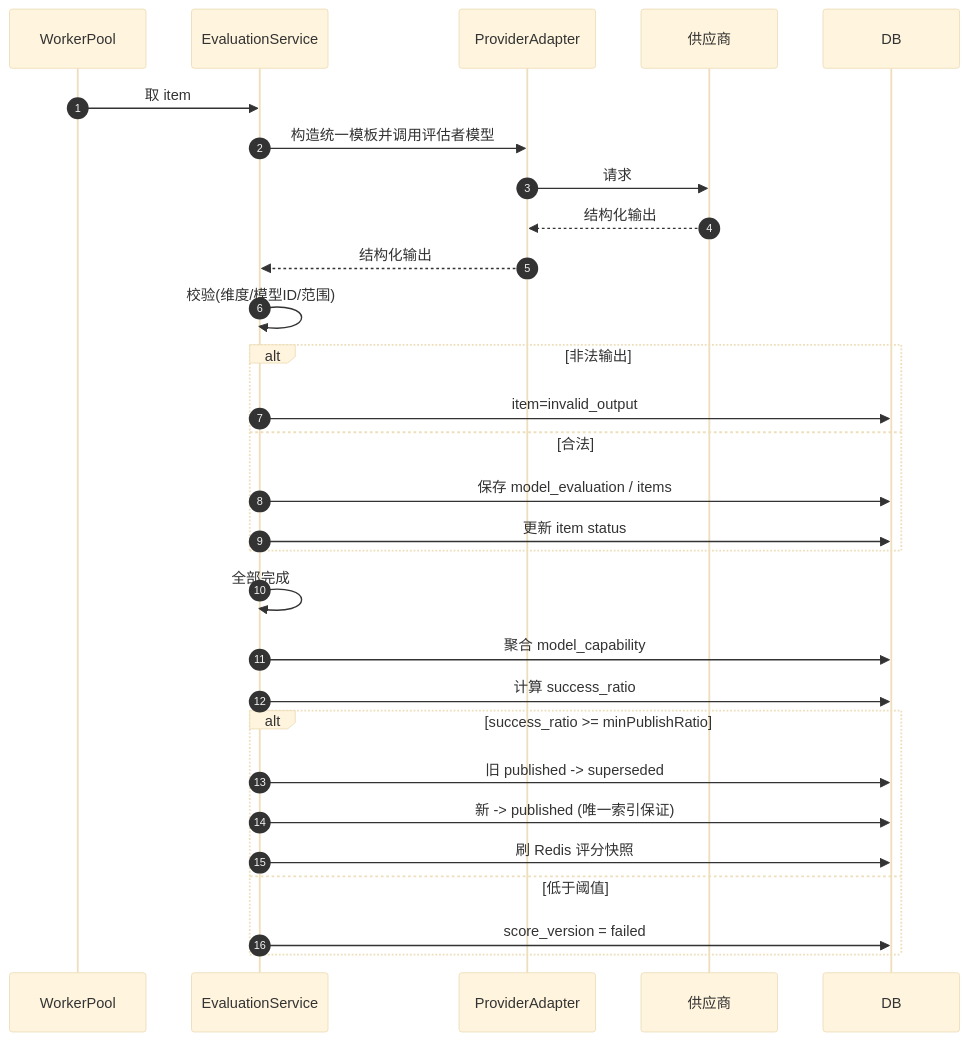
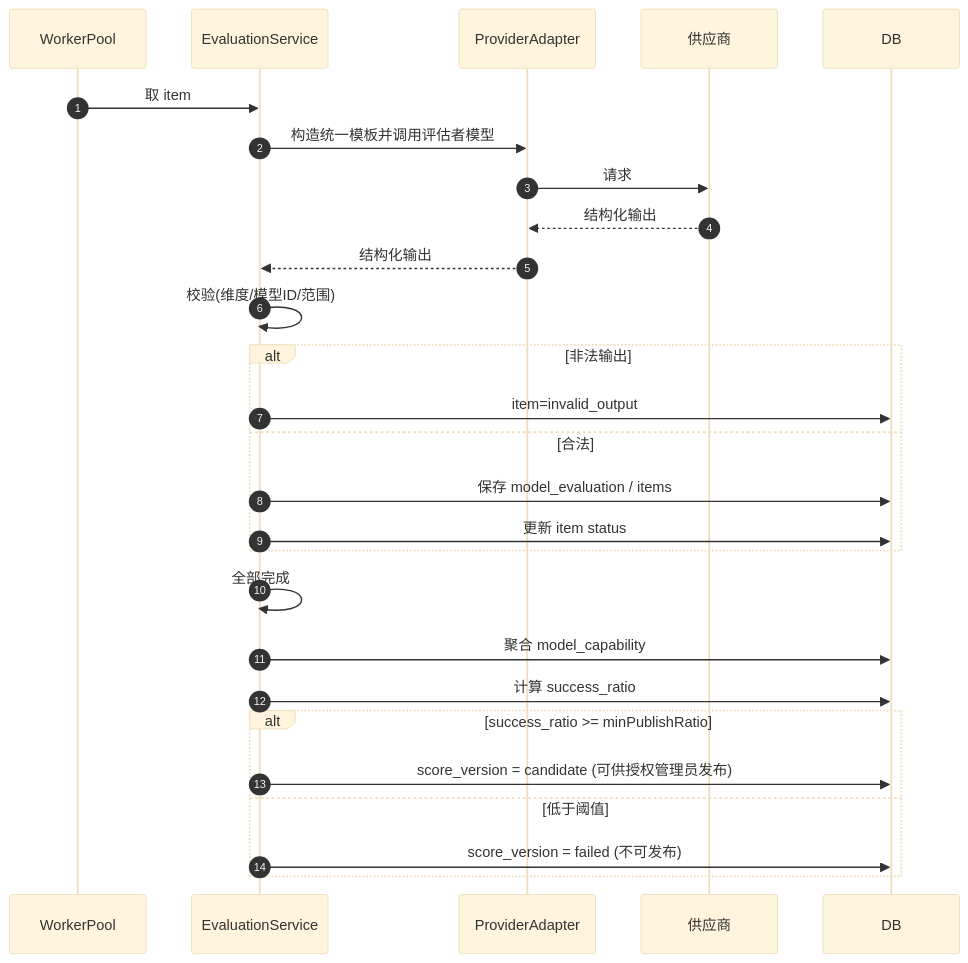
The sixth of 11 diagrams in docs/design-admin-platform.md (hchw/slogan), drawn with Mermaid (base theme) before and after one commit. The commit also changed other lines of this file and 126 other files, not shown here.

````diff
--- a/docs/design-admin-platform.md
+++ b/docs/design-admin-platform.md
@@ -819,31 +823,29 @@
 ```mermaid
 sequenceDiagram
     autonumber
     participant W as WorkerPool
     participant ES as EvaluationService
     participant P as ProviderAdapter
     participant U as 供应商
     participant DB as DB
     W->>ES: 取 item
     ES->>P: 构造统一模板并调用评估者模型
     P->>U: 请求
     U-->>P: 结构化输出
     P-->>ES: 结构化输出
     ES->>ES: 校验(维度/模型ID/范围)
     alt 非法输出
         ES->>DB: item=invalid_output
     else 合法
         ES->>DB: 保存 model_evaluation / items
         ES->>DB: 更新 item status
     end
     ES->>ES: 全部完成
     ES->>DB: 聚合 model_capability
     ES->>DB: 计算 success_ratio
     alt success_ratio >= minPublishRatio
-        ES->>DB: 旧 published -> superseded
-        ES->>DB: 新 -> published (唯一索引保证)
-        ES->>DB: 刷 Redis 评分快照
+        ES->>DB: score_version = candidate (可供授权管理员发布)
     else 低于阈值
-        ES->>DB: score_version = failed
+        ES->>DB: score_version = failed (不可发布)
     end
 ```
````
